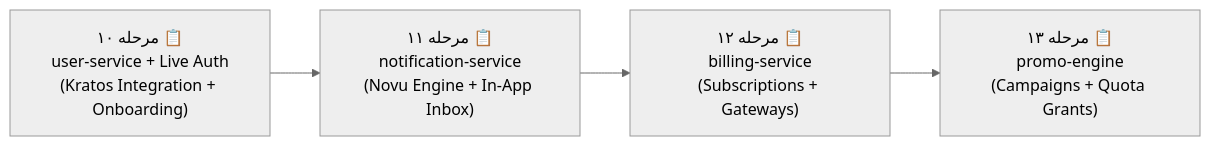
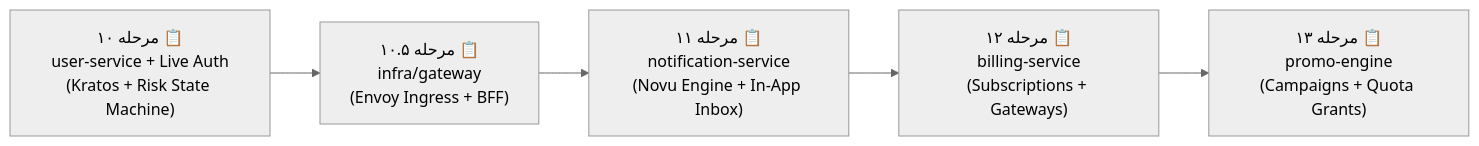
Before and after one commit to itstalentnet/dotdive: the second of 3 diagrams in docs/lemmo/03-backend/roadmap.md, drawn with Mermaid (neutral theme). The commit also changed other lines of this file and 3 other files, not shown here.

Commit message:
docs(architecture): codify API Gateway ingress, client zero direct exposure, and temporary ban risk engine

````diff
--- a/docs/lemmo/03-backend/roadmap.md
+++ b/docs/lemmo/03-backend/roadmap.md
@@ -103,6 +103,7 @@
 ```mermaid
 flowchart LR
-    S10["مرحله ۱۰ 📋<br>user-service + Live Auth<br>(Kratos Integration + Onboarding)"] --> S11["مرحله ۱۱ 📋<br>notification-service<br>(Novu Engine + In-App Inbox)"]
+    S10["مرحله ۱۰ 📋<br>user-service + Live Auth<br>(Kratos + Risk State Machine)"] --> S105["مرحله ۱۰.۵ 📋<br>infra/gateway<br>(Envoy Ingress + BFF)"]
+    S105 --> S11["مرحله ۱۱ 📋<br>notification-service<br>(Novu Engine + In-App Inbox)"]
     S11 --> S12["مرحله ۱۲ 📋<br>billing-service<br>(Subscriptions + Gateways)"]
     S12 --> S13["مرحله ۱۳ 📋<br>promo-engine<br>(Campaigns + Quota Grants)"]
 ```
````
